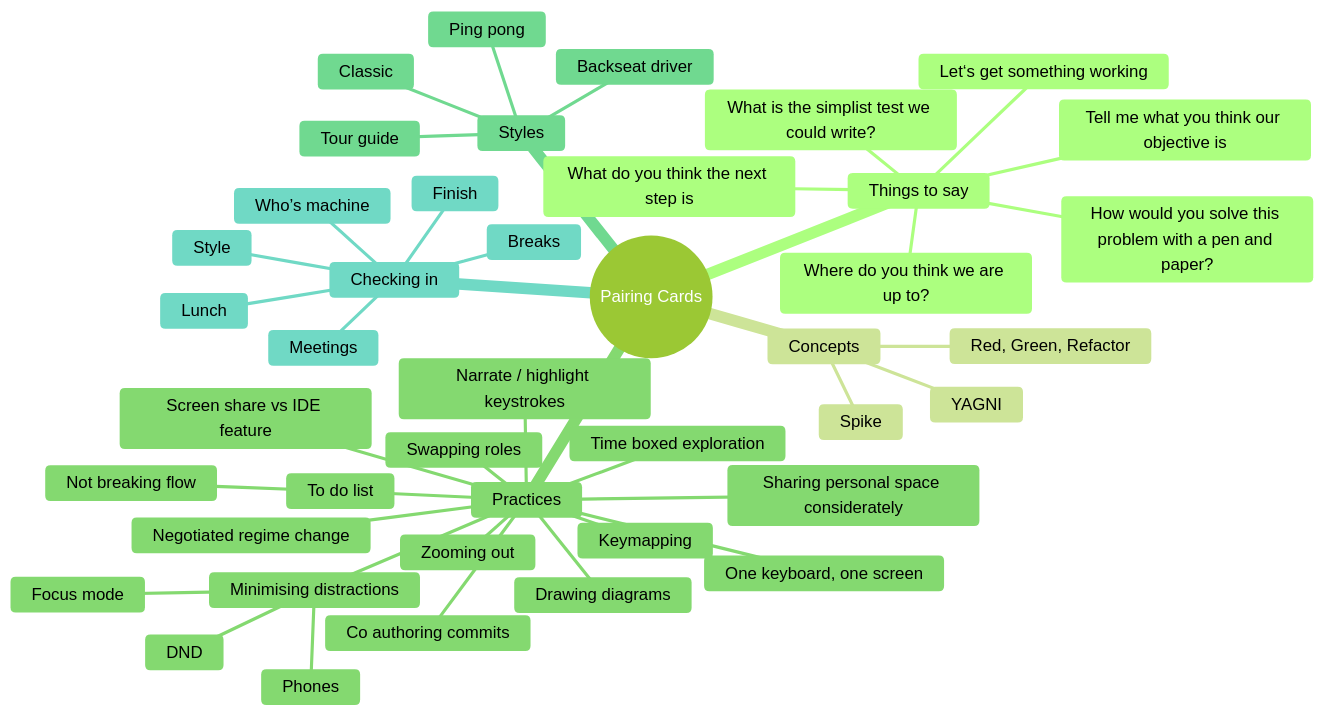
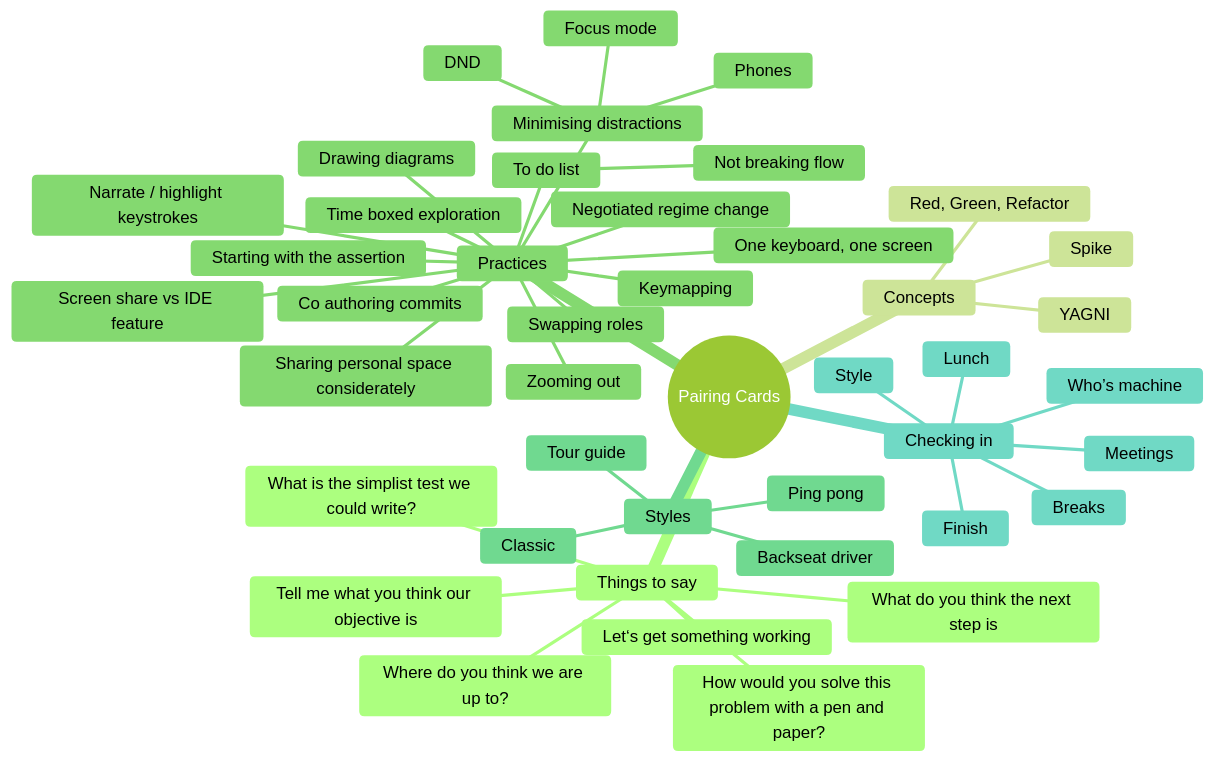
Before and after one commit to mrmanc/pairing-cards: the diagram in README.md, drawn with Mermaid (forest theme).

Commit message:
Add TDD starting with assertion practice

````diff
--- a/README.md
+++ b/README.md
@@ -6,45 +6,46 @@
 ```mermaid
 mindmap
     root((Pairing Cards))
         Things to say
             What do you think the next step is
             How would you solve this problem with a pen and paper?
             Let‘s get something working
             Tell me what you think our objective is
             Where do you think we are up to?
             What is the simplist test we could write?
         Concepts
             YAGNI
             Red, Green, Refactor
             Spike
         Practices
             One keyboard, one screen
             Screen share vs IDE feature
             To do list
                 Not breaking flow
             Zooming out
             Narrate / highlight keystrokes
             Time boxed exploration
             Negotiated regime change
             Minimising distractions
                 Phones
                 Focus mode
                 DND
             Co authoring commits
             Drawing diagrams
             Swapping roles
             Sharing personal space considerately
             Keymapping
+            Starting with the assertion
         Styles
             Ping pong
             Classic
             Tour guide
             Backseat driver
         Checking in
             Style
             Who’s machine
             Lunch
             Meetings
             Breaks
             Finish
 ```
````
